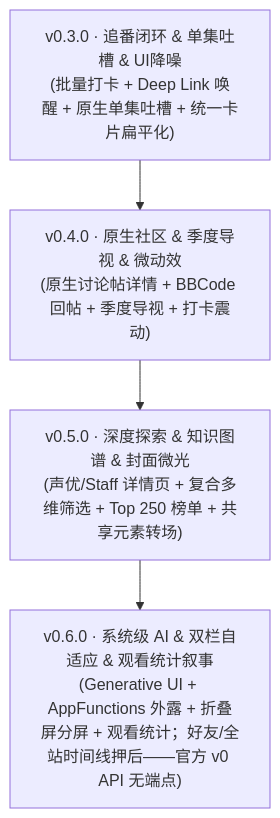
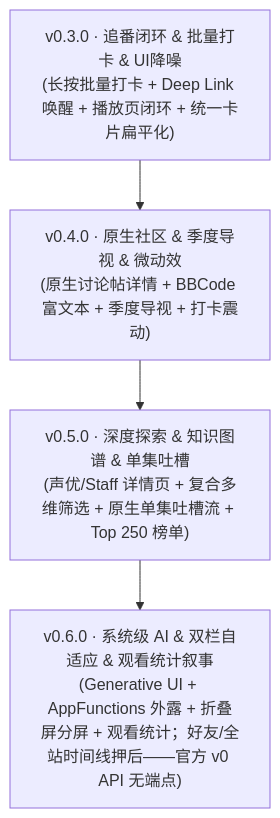
Before and after one commit to infinitezerone/MiniBgm: the diagram in ROADMAP.md, drawn with Mermaid. The commit also changed other lines of this file and 1 other file, not shown here.

Commit message:
docs(roadmap): reconcile milestone table drift, deduplicate lines, and fix links

````diff
--- a/ROADMAP.md
+++ b/ROADMAP.md
@@ -249,6 +250,6 @@
 ```mermaid
 flowchart TD
-    M1["v0.3.0 · 追番闭环 & 单集吐槽 & UI降噪\n(批量打卡 + Deep Link 唤醒 + 原生单集吐槽 + 统一卡片扁平化)"] --> M2["v0.4.0 · 原生社区 & 季度导视 & 微动效\n(原生讨论帖详情 + BBCode 回帖 + 季度导视 + 打卡震动)"]
-    M2 --> M3["v0.5.0 · 深度探索 & 知识图谱 & 封面微光\n(声优/Staff 详情页 + 复合多维筛选 + Top 250 榜单 + 共享元素转场)"]
+    M1["v0.3.0 · 追番闭环 & 批量打卡 & UI降噪\n(长按批量打卡 + Deep Link 唤醒 + 播放页闭环 + 统一卡片扁平化)"] --> M2["v0.4.0 · 原生社区 & 季度导视 & 微动效\n(原生讨论帖详情 + BBCode 富文本 + 季度导视 + 打卡震动)"]
+    M2 --> M3["v0.5.0 · 深度探索 & 知识图谱 & 单集吐槽\n(声优/Staff 详情页 + 复合多维筛选 + 原生单集吐槽流 + Top 250 榜单)"]
     M3 --> M4["v0.6.0 · 系统级 AI & 双栏自适应 & 观看统计叙事\n(Generative UI + AppFunctions 外露 + 折叠屏分屏 + 观看统计；好友/全站时间线押后——官方 v0 API 无端点)"]
 ```
````
